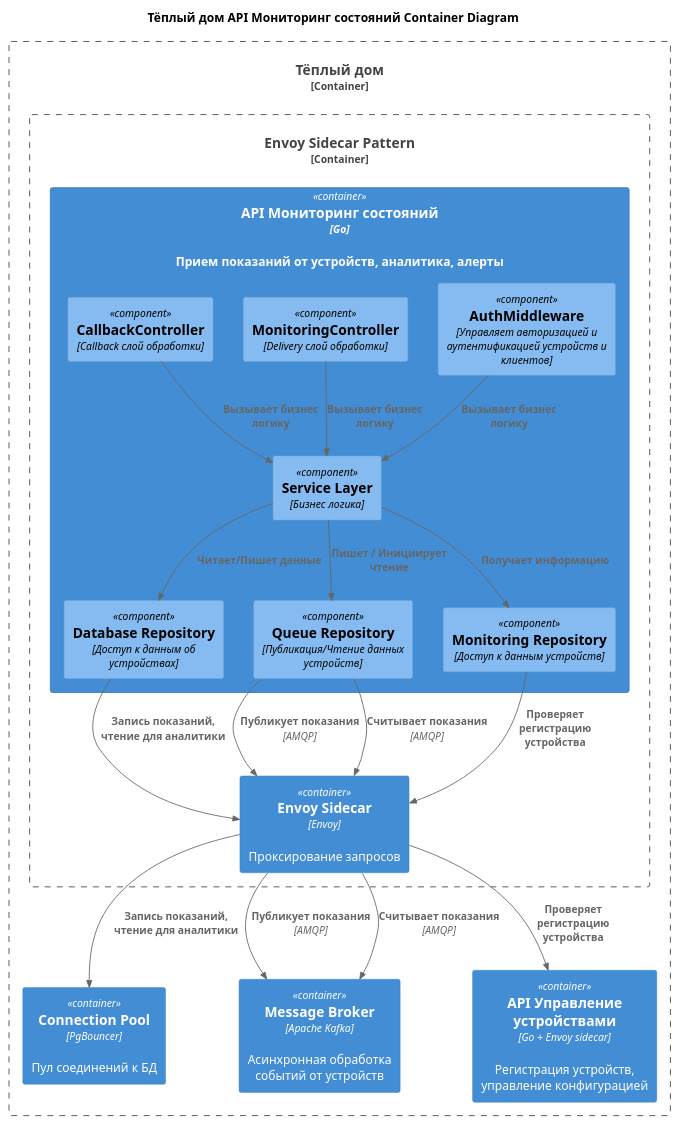
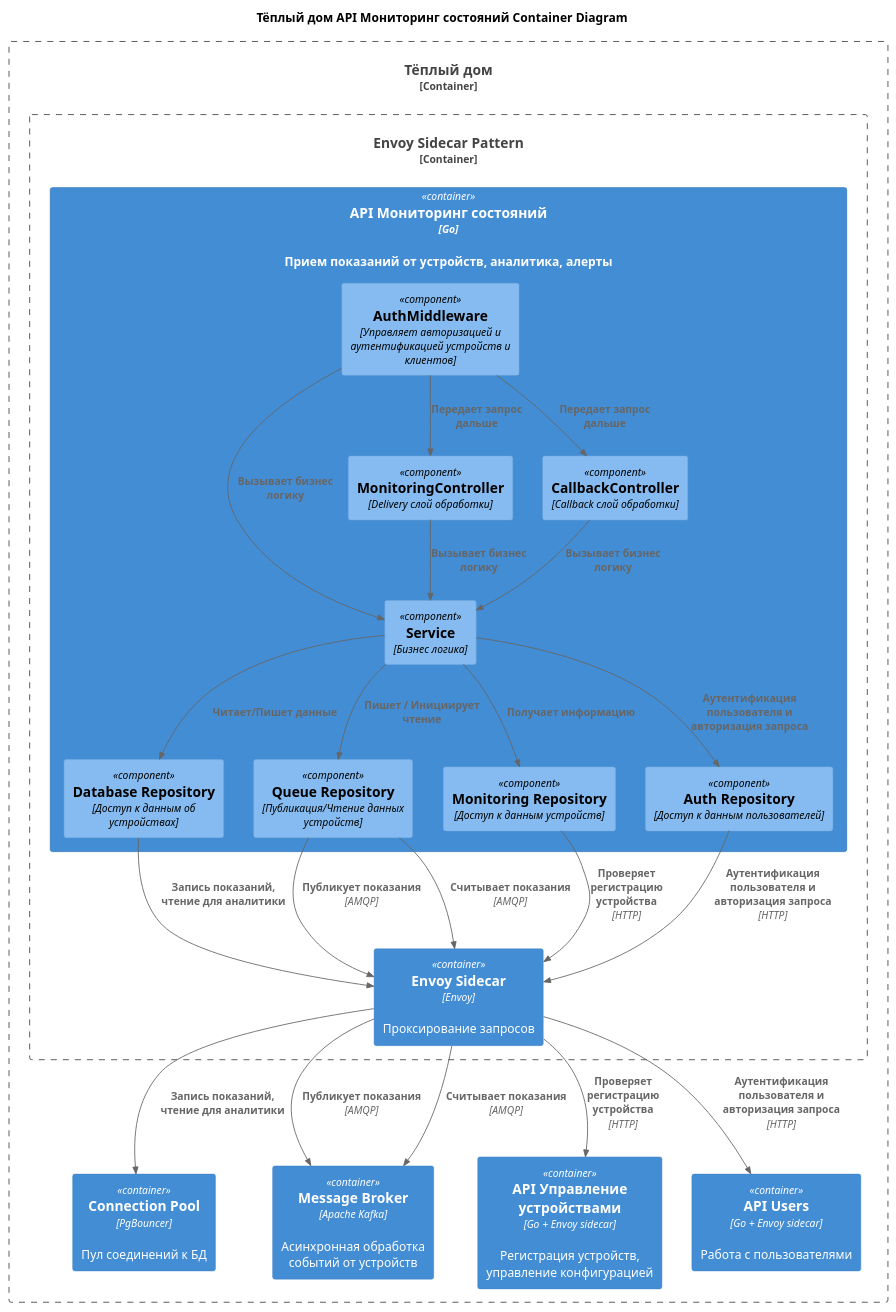
One commit to egorgasay/architecture-pro-warmhouse changed the fourth of 5 diagrams in README.md. Above: the diagram before and after it, drawn with PlantUML. The commit also changed other lines of this file, not shown here.

````diff
--- a/README.md
+++ b/README.md
@@ -210,56 +219,63 @@
 ```plantuml
 @startuml
 
 title Тёплый дом API Мониторинг состояний Container Diagram
 
 top to bottom direction
 
 !includeurl https://raw.githubusercontent.com/RicardoNiepel/C4-PlantUML/master/C4_Component.puml
 
 
 Container_Boundary(WarmHouseSystem, "Тёплый дом") {
 	Container_Boundary(ServiceMesh, "Envoy Sidecar Pattern") {
 		Container(StateMonitoringAPI, "API Мониторинг состояний", "Go", "Прием показаний от устройств, аналитика, алерты") {
-			Component(AuthController, "AuthMiddleware", "Управляет авторизацией и аутентификацией устройств и клиентов")
+			Component(AuthMiddleware, "AuthMiddleware", "Управляет авторизацией и аутентификацией устройств и клиентов")
 			Component(MonitoringController, "MonitoringController", "Delivery слой обработки")
 			Component(CallbackController, "CallbackController", "Callback слой обработки")
-			Component(ServiceLayer, "Service Layer", "Бизнес логика")
-			Component(DatabaseRepositoryLayer, "Database Repository", "Доступ к данным об устройствах")
-			Component(QueueRepositoryLayer, "Queue Repository", "Публикация/Чтение данных устройств")
-			Component(MonitoringRepositoryLayer, "Monitoring Repository", "Доступ к данным устройств")
+			Component(Service, "Service", "Бизнес логика")
+			Component(DatabaseRepository, "Database Repository", "Доступ к данным об устройствах")
+			Component(QueueRepository, "Queue Repository", "Публикация/Чтение данных устройств")
+			Component(MonitoringRepository, "Monitoring Repository", "Доступ к данным устройств")
+			Component(AuthRepository, "Auth Repository", "Доступ к данным пользователей")
 		}
 
 		Container(EnvoySidecar, "Envoy Sidecar", "Envoy", "Проксирование запросов")
 	}
 	
 	Container(PgBouncer, "Connection Pool", "PgBouncer", "Пул соединений к БД")
 	Container(MessageBroker, "Message Broker", "Apache Kafka", "Асинхронная обработка событий от устройств")
 	Container(SensorsAPI, "API Управление устройствами", "Go + Envoy sidecar", "Регистрация устройств, управление конфигурацией")
+	Container(UsersAPI, "API Users", "Go + Envoy sidecar", "Работа с пользователями")
 }
 
 
 ' Обращения внутри сервиса
-Rel(MonitoringController, ServiceLayer, "Вызывает бизнес логику")
-Rel(CallbackController, ServiceLayer, "Вызывает бизнес логику")
-Rel(ServiceLayer, DatabaseRepositoryLayer, "Читает/Пишет данные")
-Rel(ServiceLayer, MonitoringRepositoryLayer, "Получает информацию")
-Rel(ServiceLayer, QueueRepositoryLayer, "Пишет / Инициирует чтение")
-Rel(AuthController, ServiceLayer, "Вызывает бизнес логику")
+Rel(MonitoringController, Service, "Вызывает бизнес логику")
+Rel(CallbackController, Service, "Вызывает бизнес логику")
+Rel(AuthMiddleware, MonitoringController, "Передает запрос дальше")
+Rel(AuthMiddleware, CallbackController, "Передает запрос дальше")
+Rel_R(AuthMiddleware, Service, "Вызывает бизнес логику")
+Rel(Service, DatabaseRepository, "Читает/Пишет данные")
+Rel(Service, MonitoringRepository, "Получает информацию")
+Rel(Service, QueueRepository, "Пишет / Инициирует чтение")
+Rel(Service, AuthRepository, "Аутентификация пользователя и авторизация запроса")
 
 ' Database
-Rel(DatabaseRepositoryLayer, EnvoySidecar, "Запись показаний, чтение для аналитики")
+Rel(DatabaseRepository, EnvoySidecar, "Запись показаний, чтение для аналитики")
 Rel(EnvoySidecar, PgBouncer, "Запись показаний, чтение для аналитики")
 
 ' API
-Rel(MonitoringRepositoryLayer, EnvoySidecar, "Проверяет регистрацию устройства")
-Rel(EnvoySidecar, SensorsAPI, "Проверяет регистрацию устройства")
+Rel(MonitoringRepository, EnvoySidecar, "Проверяет регистрацию устройства", "HTTP")
+Rel(EnvoySidecar, SensorsAPI, "Проверяет регистрацию устройства", "HTTP")
+Rel(AuthRepository, EnvoySidecar, "Аутентификация пользователя и авторизация запроса", "HTTP")
+Rel(EnvoySidecar, UsersAPI, "Аутентификация пользователя и авторизация запроса", "HTTP")
 
 
 ' Брокер
-Rel(QueueRepositoryLayer, EnvoySidecar, "Публикует показания", "AMQP")
-Rel(QueueRepositoryLayer, EnvoySidecar, "Считывает показания", "AMQP")
+Rel(QueueRepository, EnvoySidecar, "Публикует показания", "AMQP")
+Rel(QueueRepository, EnvoySidecar, "Считывает показания", "AMQP")
 Rel(EnvoySidecar, MessageBroker, "Публикует показания", "AMQP")
 Rel(EnvoySidecar, MessageBroker, "Считывает показания", "AMQP")
 
 @enduml
 ```
````
